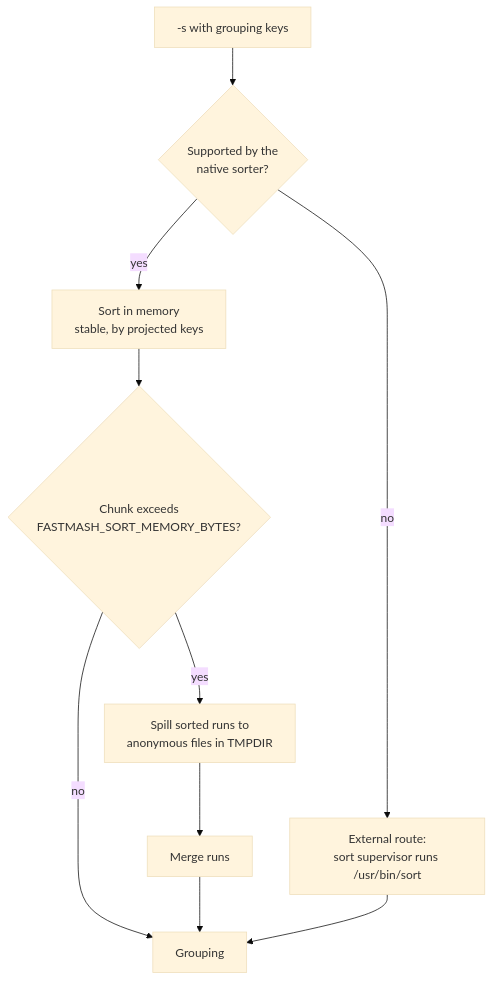
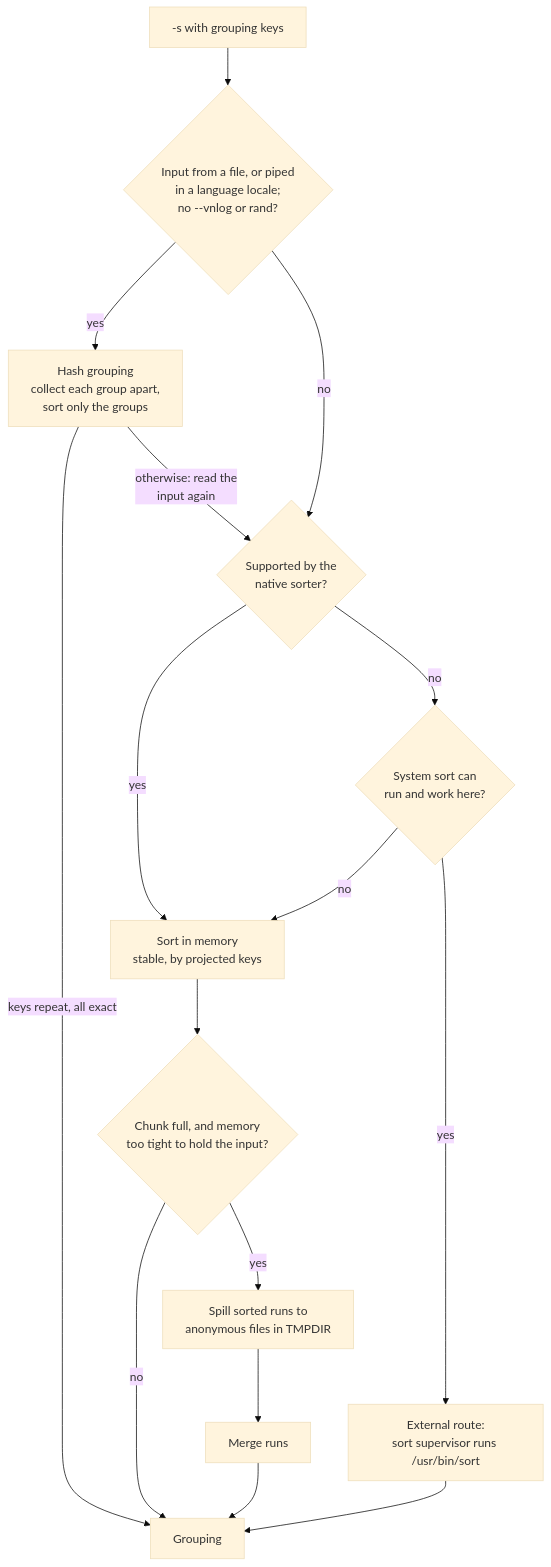
Before and after one commit to pederbe/fastmash: the third of 4 diagrams in ARCHITECTURE.md, drawn with Mermaid (base theme). The commit also changed other lines of this file and 139 other files, not shown here.

````diff
--- a/ARCHITECTURE.md
+++ b/ARCHITECTURE.md
@@ -122,12 +128,18 @@
 ```mermaid
 flowchart TD
-    A["-s with grouping keys"] --> B{"Supported by the<br/>native sorter?"}
+    A["-s with grouping keys"] --> R{"Input from a file, or piped<br/>in a language locale;<br/>no --vnlog or rand?"}
+    R -- yes --> Y[Hash grouping<br/>collect each group apart,<br/>sort only the groups]
+    Y -- "keys repeat, all exact" --> G
+    Y -- "otherwise: read the<br/>input again" --> B
+    R -- no --> B{"Supported by the<br/>native sorter?"}
     B -- yes --> C[Sort in memory<br/>stable, by projected keys]
-    C --> D{"Chunk exceeds<br/>FASTMASH_SORT_MEMORY_BYTES?"}
+    C --> D{"Chunk full, and memory<br/>too tight to hold the input?"}
     D -- no --> G[Grouping]
     D -- yes --> E[Spill sorted runs to<br/>anonymous files in TMPDIR]
     E --> F[Merge runs]
     F --> G
-    B -- no --> X["External route:<br/>sort supervisor runs /usr/bin/sort"]
+    B -- no --> H{"System sort can<br/>run and work here?"}
+    H -- no --> C
+    H -- yes --> X["External route:<br/>sort supervisor runs /usr/bin/sort"]
     X --> G
 ```
````
